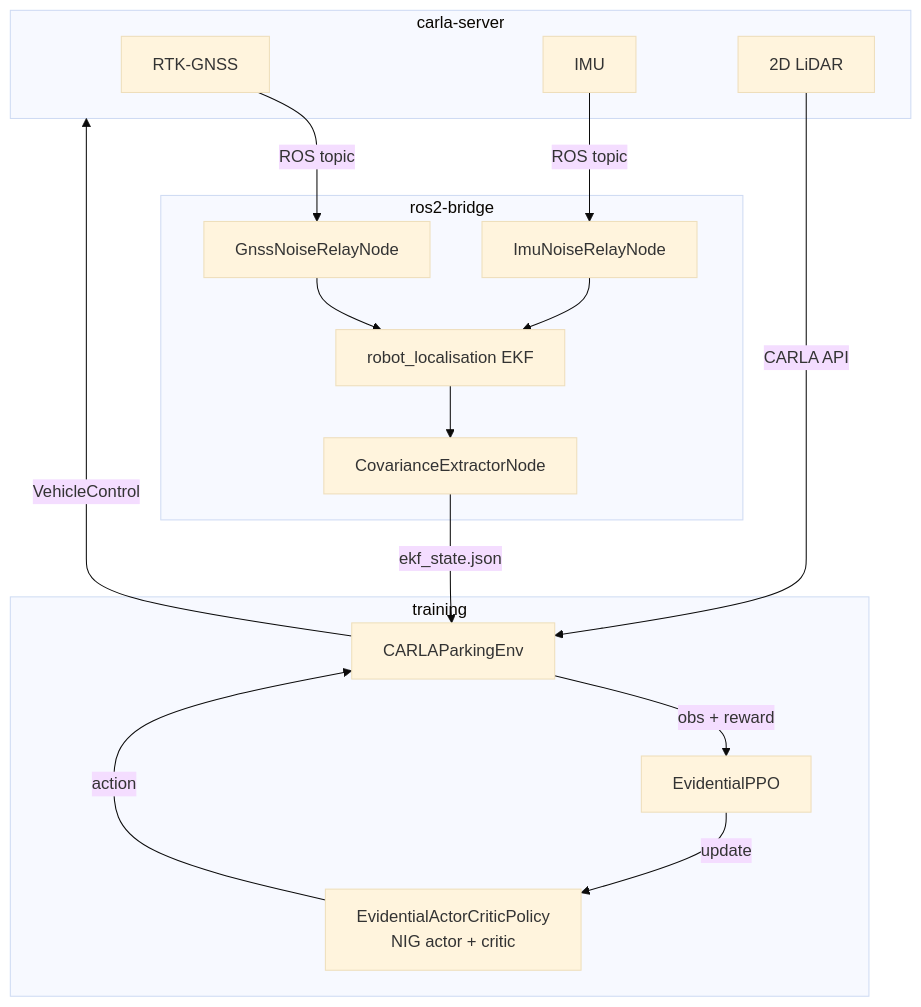
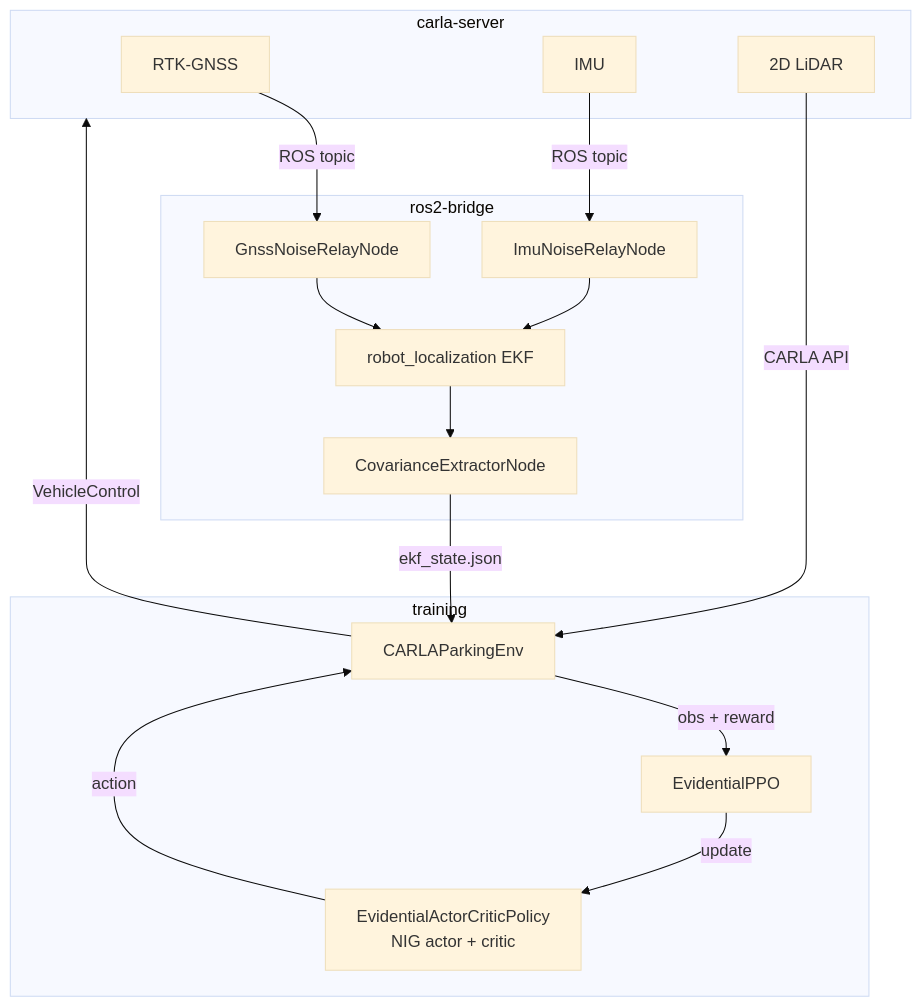
Before and after one commit to Expo39/Uncertainty-Conditioned-RL-with-Evidential-Policy-Networks-for-Autonomous-Systems: the diagram in README.md, drawn with Mermaid (base theme). The commit also changed other lines of this file and 4 other files, not shown here.

````diff
--- a/README.md
+++ b/README.md
@@ -38,33 +132,33 @@
 ```mermaid
 flowchart TB
     subgraph carla["carla-server"]
         S1["RTK-GNSS"]
         S2["IMU"]
         S3["2D LiDAR"]
     end
 
     subgraph ros2["ros2-bridge"]
         R1["GnssNoiseRelayNode"]
         R2["ImuNoiseRelayNode"]
-        EKF["robot_localisation EKF"]
+        EKF["robot_localization EKF"]
         EXT["CovarianceExtractorNode"]
     end
 
     subgraph train["training"]
         ENV["CARLAParkingEnv"]
         PPO["EvidentialPPO"]
         POL["EvidentialActorCriticPolicy\nNIG actor + critic"]
     end
 
     S1 -->|ROS topic| R1
     S2 -->|ROS topic| R2
     R1 --> EKF
     R2 --> EKF
     EKF --> EXT
     EXT -->|ekf_state.json| ENV
     S3 -->|CARLA API| ENV
     ENV -->|obs + reward| PPO
     PPO -->|update| POL
     POL -->|action| ENV
     ENV -->|VehicleControl| carla
 ```
````
